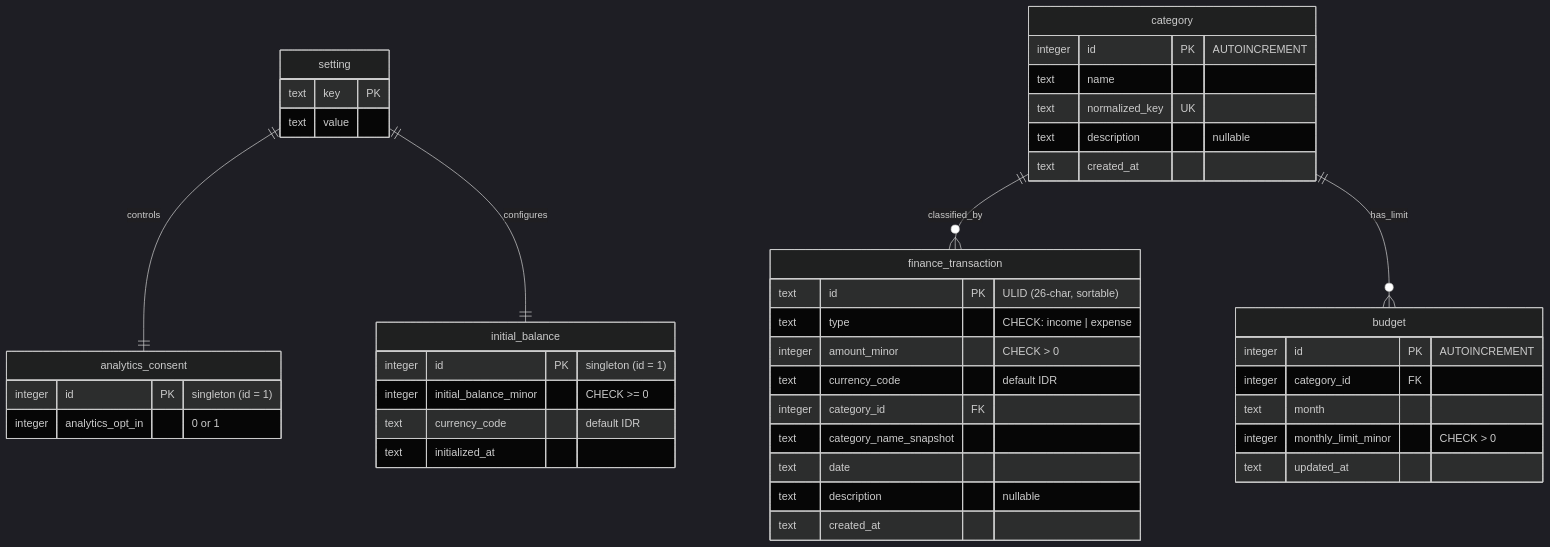
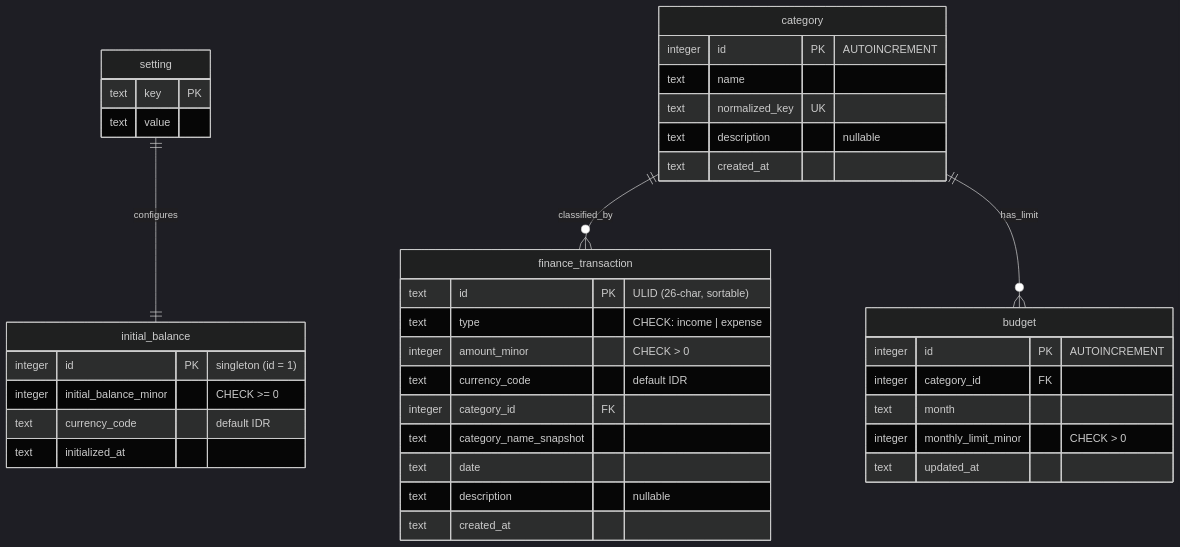
One commit to handiism/infinita changed the diagram in docs/diagrams/trd/001-trd-data-model-erd.mmd. Above: the diagram before and after it, drawn with Mermaid (dark theme). The commit also changed 28 other files, not shown here.

```diff
--- a/docs/diagrams/trd/001-trd-data-model-erd.mmd
+++ b/docs/diagrams/trd/001-trd-data-model-erd.mmd
@@ -1,50 +1,44 @@
 erDiagram
-    setting ||--|| analytics_consent : controls
     setting ||--|| initial_balance : configures
     category ||--o{ finance_transaction : classified_by
     category ||--o{ budget : has_limit
 
     setting {
         text key PK
         text value
-    }
-
-    analytics_consent {
-        integer id PK "singleton (id = 1)"
-        integer analytics_opt_in "0 or 1"
     }
 
     initial_balance {
         integer id PK "singleton (id = 1)"
         integer initial_balance_minor "CHECK >= 0"
         text currency_code "default IDR"
         text initialized_at
     }
 
     category {
         integer id PK "AUTOINCREMENT"
         text name
         text normalized_key UK
         text description "nullable"
         text created_at
     }
 
     finance_transaction {
         text id PK "ULID (26-char, sortable)"
         text type "CHECK: income | expense"
         integer amount_minor "CHECK > 0"
         text currency_code "default IDR"
         integer category_id FK
         text category_name_snapshot
         text date
         text description "nullable"
         text created_at
     }
 
     budget {
         integer id PK "AUTOINCREMENT"
         integer category_id FK
         text month
         integer monthly_limit_minor "CHECK > 0"
         text updated_at
     }
```
